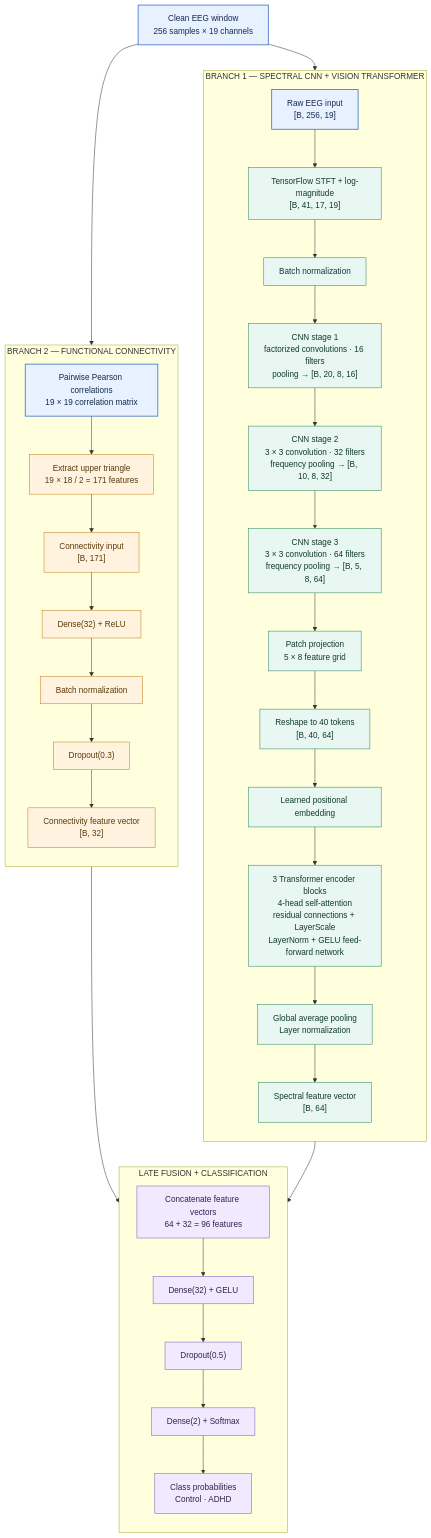
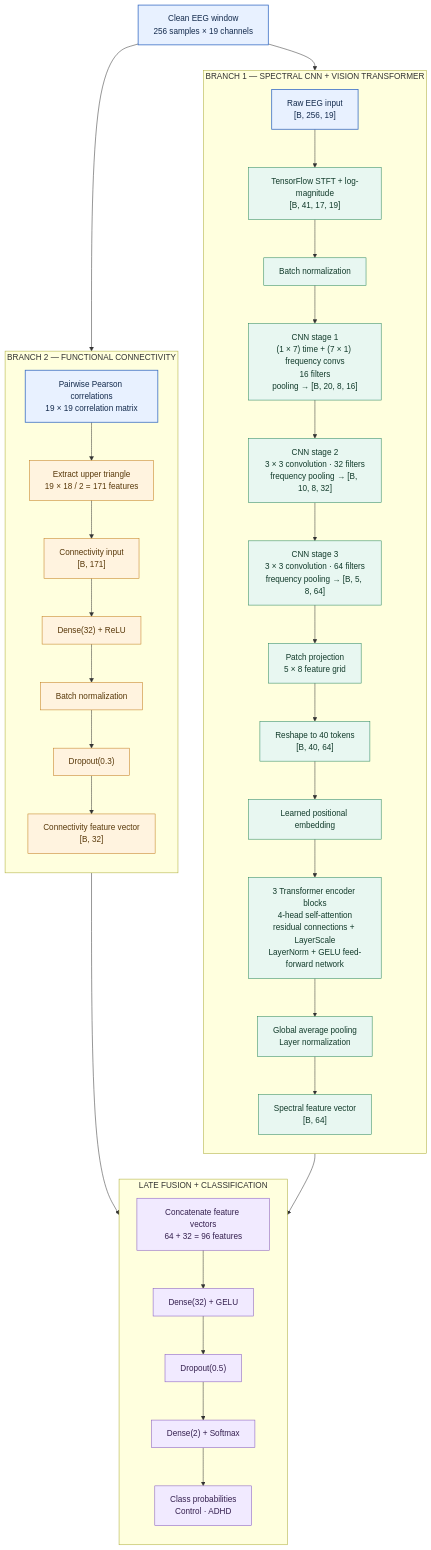
Before and after one commit to RITESH2127/ADHD-DETECTION: the diagram in README.md, drawn with Mermaid. The commit also changed other lines of this file, not shown here.

Commit message:
Fix README anchors and describe CNN axes precisely

````diff
--- a/README.md
+++ b/README.md
@@ -185,51 +185,51 @@
 ```mermaid
 flowchart TB
     EEG["Clean EEG window<br/>256 samples × 19 channels"] 
 
     EEG --> RAW["Raw EEG input<br/>[B, 256, 19]"]
     EEG --> CORR["Pairwise Pearson correlations<br/>19 × 19 correlation matrix"]
 
     subgraph SPECTRAL["BRANCH 1 — SPECTRAL CNN + VISION TRANSFORMER"]
         direction TB
         RAW --> STFT["TensorFlow STFT + log-magnitude<br/>[B, 41, 17, 19]"]
         STFT --> BN0["Batch normalization"]
-        BN0 --> CNN1["CNN stage 1<br/>factorized convolutions · 16 filters<br/>pooling → [B, 20, 8, 16]"]
+        BN0 --> CNN1["CNN stage 1<br/>(1 × 7) time + (7 × 1) frequency convs<br/>16 filters<br/>pooling → [B, 20, 8, 16]"]
         CNN1 --> CNN2["CNN stage 2<br/>3 × 3 convolution · 32 filters<br/>frequency pooling → [B, 10, 8, 32]"]
         CNN2 --> CNN3["CNN stage 3<br/>3 × 3 convolution · 64 filters<br/>frequency pooling → [B, 5, 8, 64]"]
         CNN3 --> PROJ["Patch projection<br/>5 × 8 feature grid"]
         PROJ --> TOKENS["Reshape to 40 tokens<br/>[B, 40, 64]"]
         TOKENS --> POS["Learned positional embedding"]
         POS --> VIT["3 Transformer encoder blocks<br/>4-head self-attention<br/>residual connections + LayerScale<br/>LayerNorm + GELU feed-forward network"]
         VIT --> POOL["Global average pooling<br/>Layer normalization"]
         POOL --> VF["Spectral feature vector<br/>[B, 64]"]
     end
 
     subgraph CONNECTIVITY["BRANCH 2 — FUNCTIONAL CONNECTIVITY"]
         direction TB
         CORR --> UPPER["Extract upper triangle<br/>19 × 18 / 2 = 171 features"]
         UPPER --> CIN["Connectivity input<br/>[B, 171]"]
         CIN --> CDENSE["Dense(32) + ReLU"]
         CDENSE --> CBN["Batch normalization"]
         CBN --> CDROP["Dropout(0.3)"]
         CDROP --> CF["Connectivity feature vector<br/>[B, 32]"]
     end
 
     subgraph CLASSIFIER["LATE FUSION + CLASSIFICATION"]
         direction TB
         VF --> CONCAT["Concatenate feature vectors<br/>64 + 32 = 96 features"]
         CF --> CONCAT
         CONCAT --> FCDENSE["Dense(32) + GELU"]
         FCDENSE --> FDROP["Dropout(0.5)"]
         FDROP --> OUT["Dense(2) + Softmax"]
         OUT --> PRED["Class probabilities<br/>Control · ADHD"]
     end
 
     classDef input fill:#e8f1ff,stroke:#356ac3,color:#142b4d,stroke-width:1.5px;
     classDef spectral fill:#e8f7f1,stroke:#25845d,color:#123b2b;
     classDef connectivity fill:#fff3df,stroke:#c17b19,color:#59390b;
     classDef fusion fill:#f1eaff,stroke:#8054bd,color:#35204f;
     class RAW,CORR,EEG input;
     class STFT,BN0,CNN1,CNN2,CNN3,PROJ,TOKENS,POS,VIT,POOL,VF spectral;
     class UPPER,CIN,CDENSE,CBN,CDROP,CF connectivity;
     class CONCAT,FCDENSE,FDROP,OUT,PRED fusion;
 ```
````
